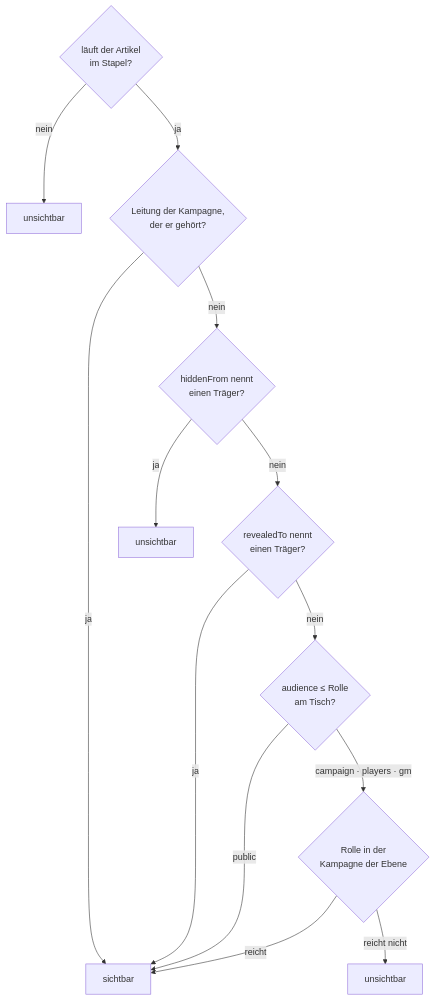
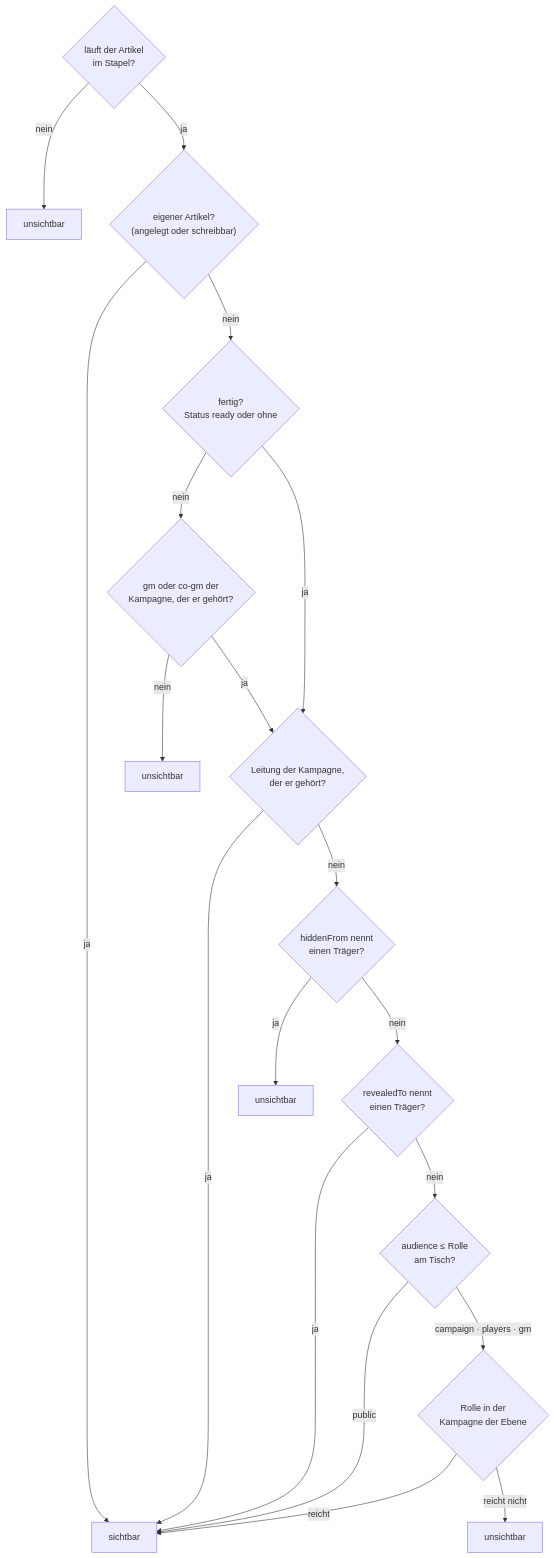
The ninth of 11 diagrams in docs/Datenmodell.md (Mrfudog/Atlas-Mentis), drawn with Mermaid before and after one commit. The commit also changed other lines of this file and 16 other files, not shown here.

First line of the commit message:
Spielende legen Artikel an; Unfertiges sieht nur die Leitung (T-075, D72)

````diff
--- a/docs/Datenmodell.md
+++ b/docs/Datenmodell.md
@@ -672,15 +672,21 @@
 ```mermaid
 flowchart TD
   S{"läuft der Artikel<br/>im Stapel?"} -- nein --> N0["unsichtbar"]
-  S -- ja --> GM{"Leitung der Kampagne,<br/>der er gehört?"}
+  S -- ja --> O{"eigener Artikel?<br/>(angelegt oder schreibbar)"}
+  O -- ja --> J
+  O -- nein --> F{"fertig?<br/>Status ready oder ohne"}
+  F -- nein --> FG{"gm oder co-gm der<br/>Kampagne, der er gehört?"}
+  FG -- nein --> N3["unsichtbar"]
+  FG -- ja --> GM
+  F -- ja --> GM{"Leitung der Kampagne,<br/>der er gehört?"}
   GM -- ja --> J["sichtbar"]
   GM -- nein --> H{"hiddenFrom nennt<br/>einen Träger?"}
   H -- ja --> N1["unsichtbar"]
   H -- nein --> R{"revealedTo nennt<br/>einen Träger?"}
   R -- ja --> J
   R -- nein --> A{"audience ≤ Rolle<br/>am Tisch?"}
   A -- "public" --> J
   A -- "campaign · players · gm" --> RO{"Rolle in der<br/>Kampagne der Ebene"}
   RO -- reicht --> J
   RO -- "reicht nicht" --> N2["unsichtbar"]
 ```
````
